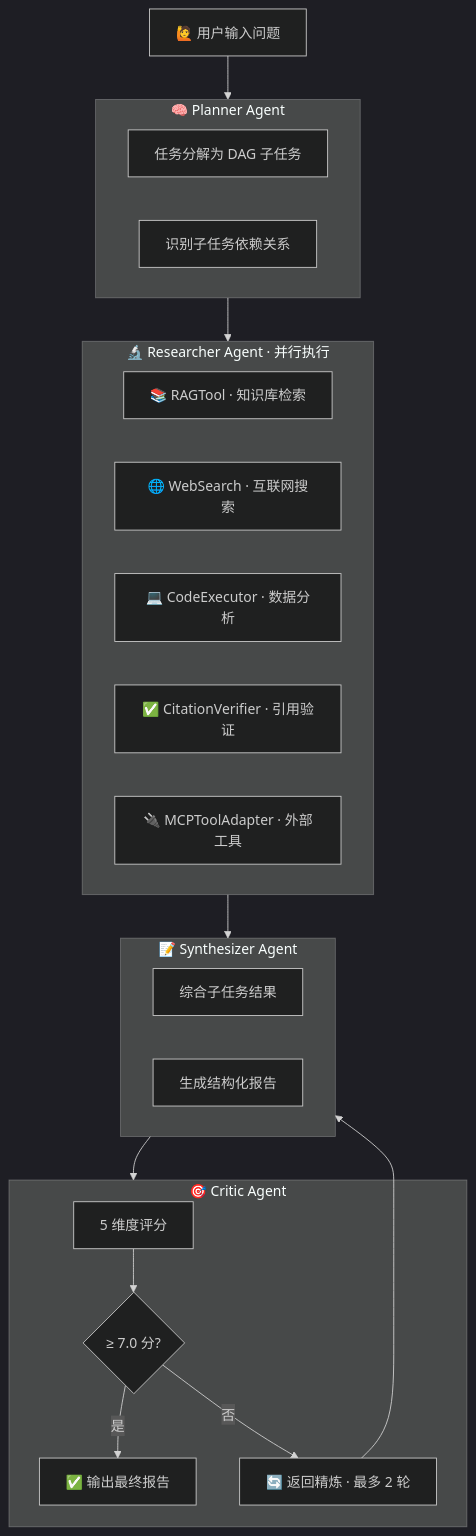
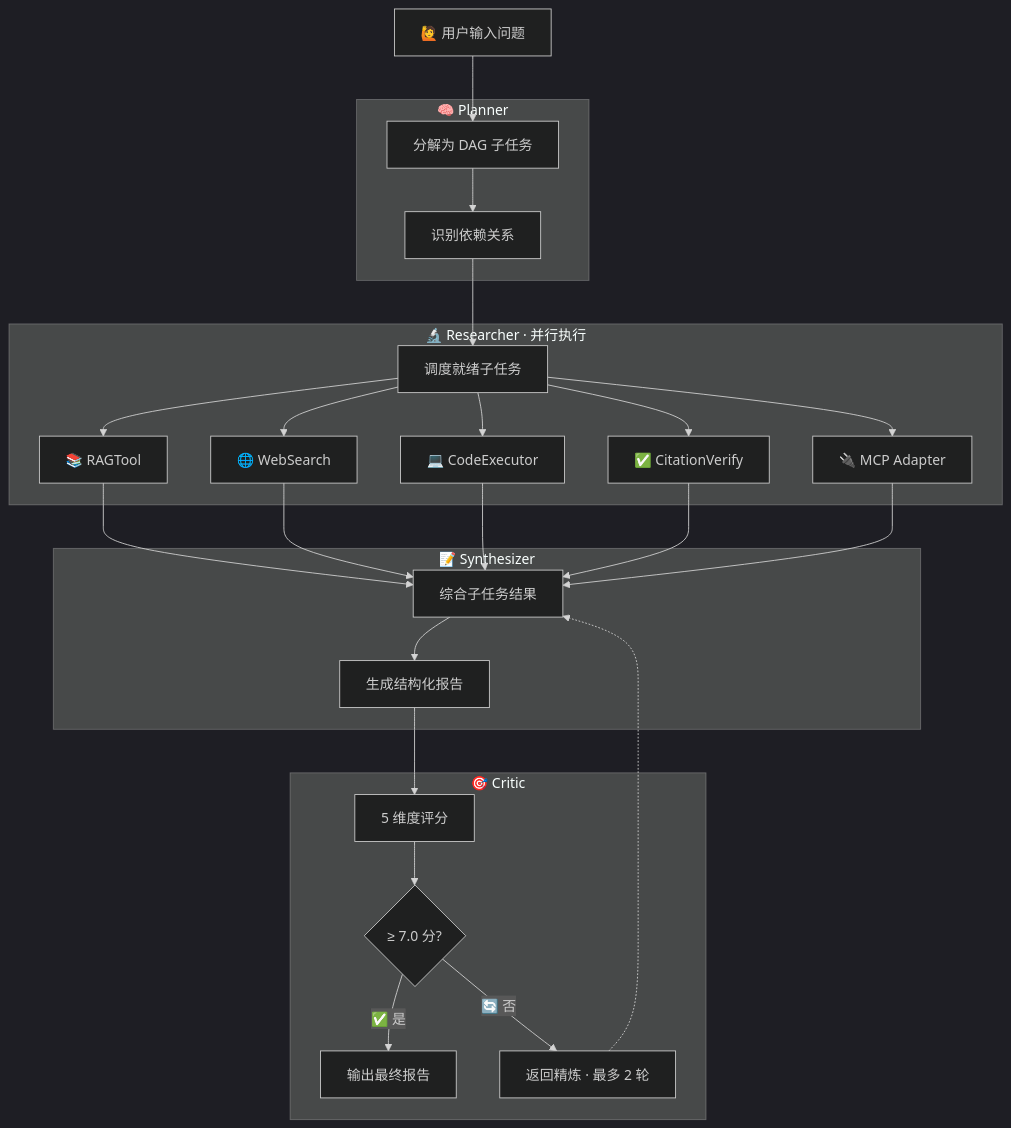
One commit to blankbrains/MindForge changed the diagram in README.md. Above: the diagram before and after it, drawn with Mermaid (dark theme). The commit also changed other lines of this file, not shown here.

Commit message:
docs: 修复 mermaid 流程图连线 + 全标题加 emoji 图标

````diff
--- a/README.md
+++ b/README.md
@@ -36,32 +36,36 @@
 ```mermaid
 flowchart TD
-    A[🙋 用户输入问题] --> B
-    subgraph B[🧠 Planner Agent]
-        B1[任务分解为 DAG 子任务]
-        B2[识别子任务依赖关系]
+    A[🙋 用户输入问题] --> B1
+    subgraph B[🧠 Planner]
+        B1[分解为 DAG 子任务] --> B2[识别依赖关系]
     end
-    B --> C
-    subgraph C[🔬 Researcher Agent · 并行执行]
-        C1[📚 RAGTool · 知识库检索]
-        C2[🌐 WebSearch · 互联网搜索]
-        C3[💻 CodeExecutor · 数据分析]
-        C4[✅ CitationVerifier · 引用验证]
-        C5[🔌 MCPToolAdapter · 外部工具]
+    B2 --> C0
+    subgraph C[🔬 Researcher · 并行执行]
+        C0[调度就绪子任务]
+        C1[📚 RAGTool]
+        C2[🌐 WebSearch]
+        C3[💻 CodeExecutor]
+        C4[✅ CitationVerify]
+        C5[🔌 MCP Adapter]
     end
-    C --> D
-    subgraph D[📝 Synthesizer Agent]
-        D1[综合子任务结果]
-        D2[生成结构化报告]
+    C0 --> C1
+    C0 --> C2
+    C0 --> C3
+    C0 --> C4
+    C0 --> C5
+    C1 --> D1
+    C2 --> D1
+    C3 --> D1
+    C4 --> D1
+    C5 --> D1
+    subgraph D[📝 Synthesizer]
+        D1[综合子任务结果] --> D2[生成结构化报告]
     end
-    D --> E
-    subgraph E[🎯 Critic Agent]
-        E1[5 维度评分]
-        E2{"≥ 7.0 分?"}
-        E3[✅ 输出最终报告]
-        E4[🔄 返回精炼 · 最多 2 轮]
+    D2 --> E1
+    subgraph E[🎯 Critic]
+        E1[5 维度评分] --> E2{"≥ 7.0 分?"}
+        E2 -- ✅ 是 --> E3[输出最终报告]
+        E2 -- 🔄 否 --> E4[返回精炼 · 最多 2 轮]
     end
-    E1 --> E2
-    E2 -- 是 --> E3
-    E2 -- 否 --> E4
-    E4 --> D
+    E4 -.-> D1
 ```
````
